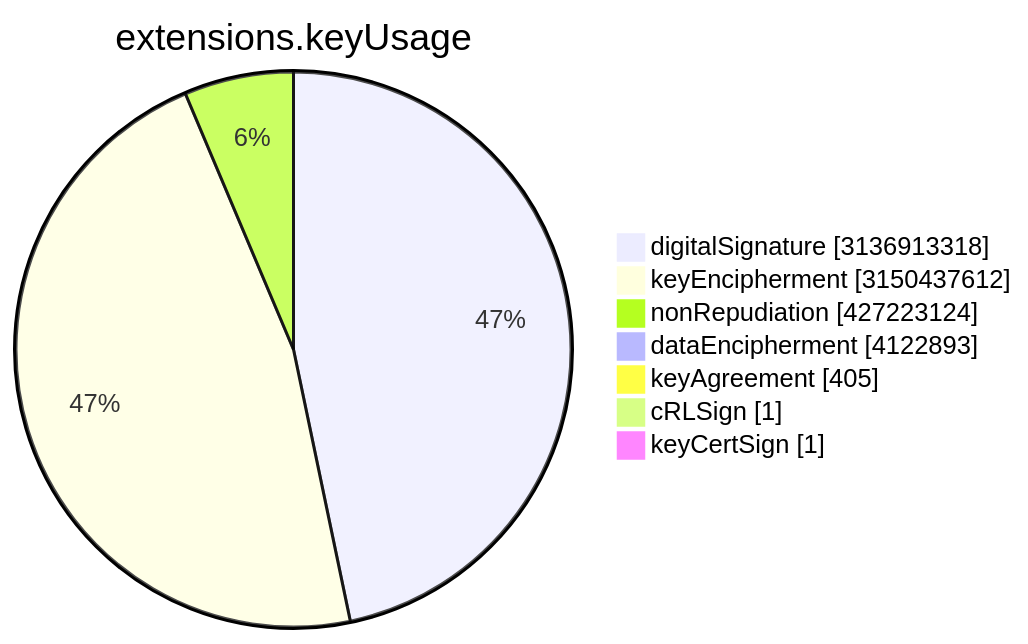
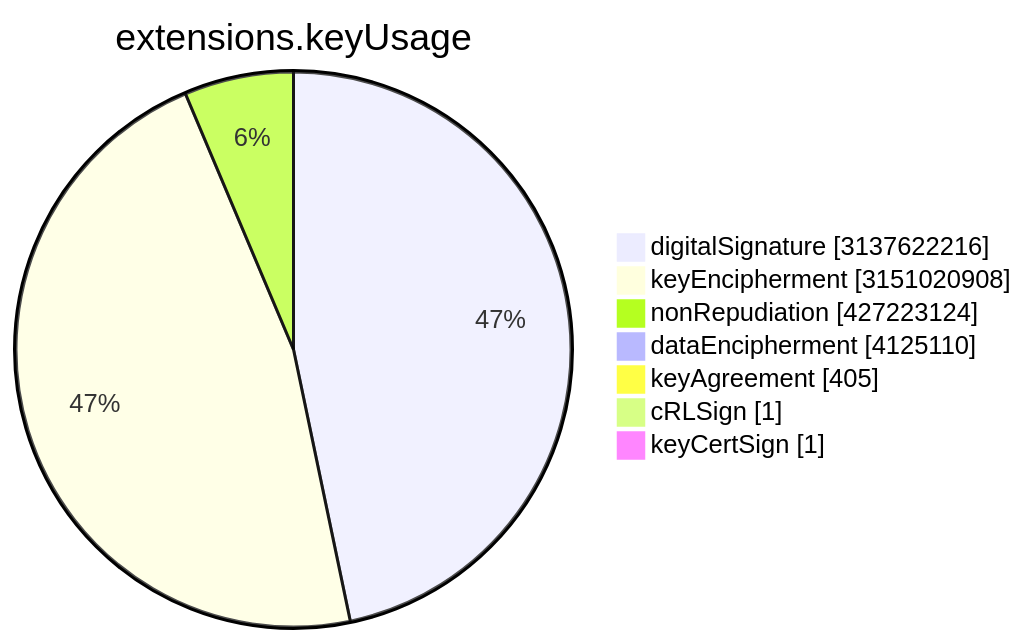
Before and after one commit to christiankrug/ctmonitor_visualization: the sixth of 15 diagrams in TOTAL/README.md, drawn with Mermaid. The commit also changed other lines of this file, not shown here.

````diff
--- a/TOTAL/README.md
+++ b/TOTAL/README.md
@@ -3077,11 +3077,11 @@
 ```mermaid
 pie showData
 title extensions.keyUsage
-"digitalSignature" :3136913318
-"keyEncipherment" :3150437612
+"digitalSignature" :3137622216
+"keyEncipherment" :3151020908
 "nonRepudiation" :427223124
-"dataEncipherment" :4122893
+"dataEncipherment" :4125110
 "keyAgreement" :405
 "cRLSign" :1
 "keyCertSign" :1
 ```
````
